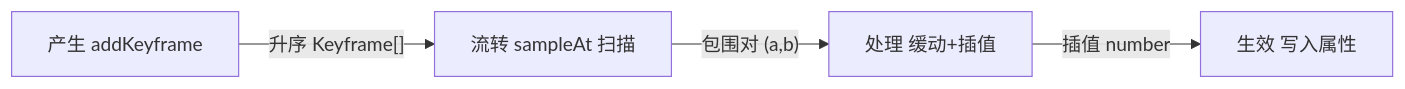
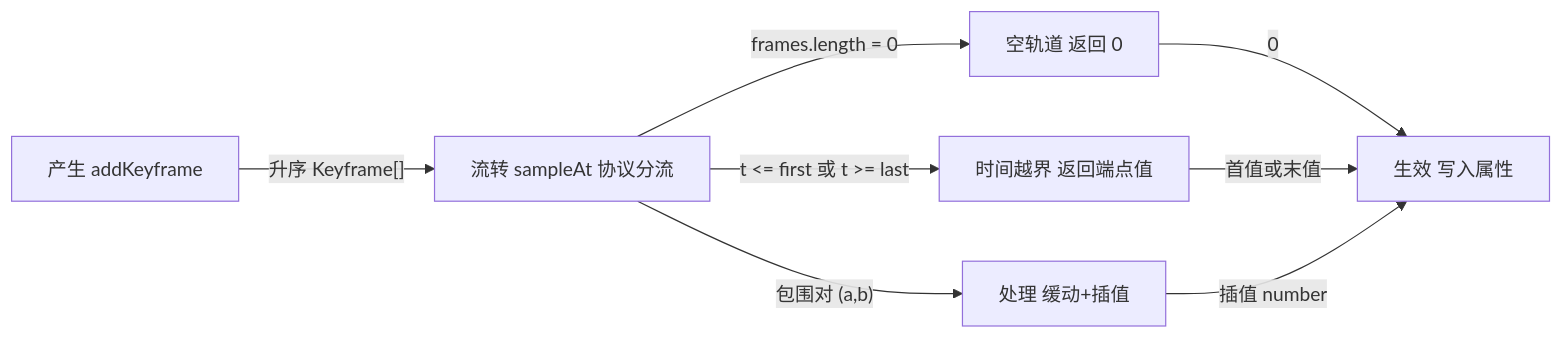
Before and after one commit to ironbob/DesignSKills: the diagram in skills/tech-mechanism-analysis/examples/2026-07-23-example-analysis.md, drawn with Mermaid. The commit also changed other lines of this file and 19 other files, not shown here.

````diff
--- a/skills/tech-mechanism-analysis/examples/2026-07-23-example-analysis.md
+++ b/skills/tech-mechanism-analysis/examples/2026-07-23-example-analysis.md
@@ -85,10 +85,16 @@
 ```mermaid
 flowchart LR
   produce["产生 addKeyframe"]
-  flow["流转 sampleAt 扫描"]
+  flow["流转 sampleAt 协议分流"]
+  empty_default["空轨道 返回 0"]
+  boundary_clamp["时间越界 返回端点值"]
   process["处理 缓动+插值"]
   effect["生效 写入属性"]
   produce -->|"升序 Keyframe[]"| flow
+  flow -->|"frames.length = 0"| empty_default
+  flow -->|"t <= first 或 t >= last"| boundary_clamp
   flow -->|"包围对 (a,b)"| process
+  empty_default -->|"0"| effect
+  boundary_clamp -->|"首值或末值"| effect
   process -->|"插值 number"| effect
 ```
````
